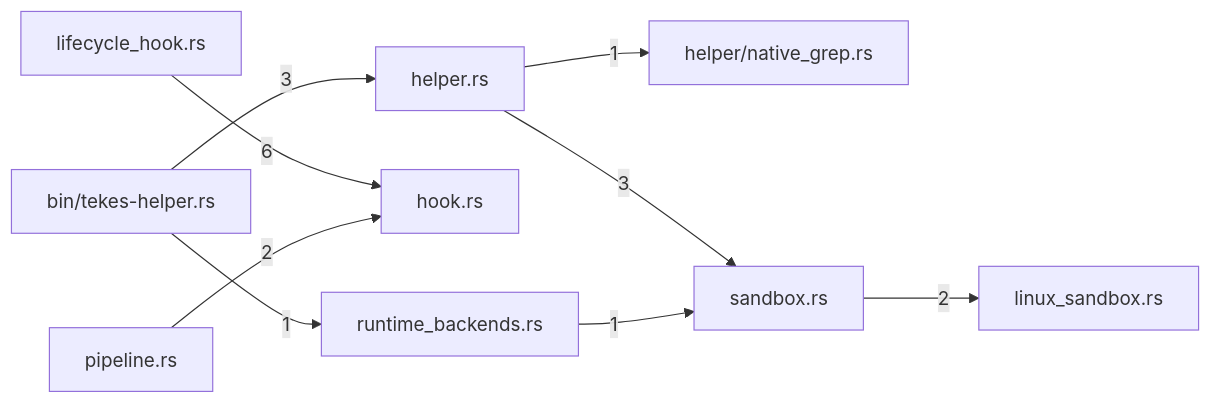
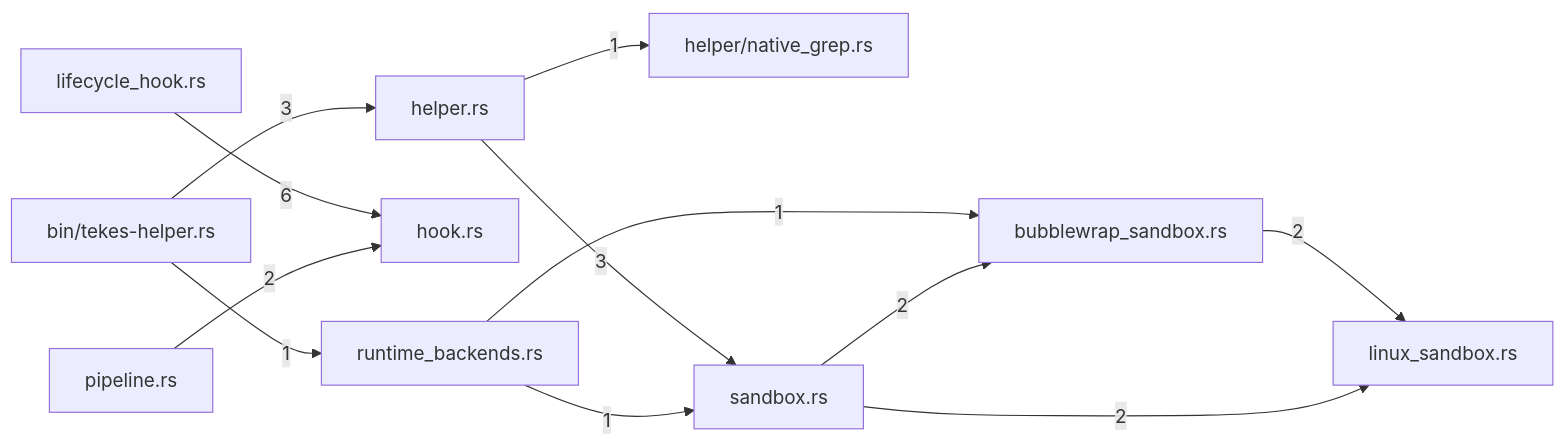
Before and after one commit to TekesApps/TekesKernel: the diagram in crates/tools/docs/generated/index.md, drawn with Mermaid. The commit also changed other lines of this file and 41 other files, not shown here.

First line of the commit message:
feat(tools): add Linux bubblewrap seccomp sandbox and native runtime gates (#48)

````diff
--- a/crates/tools/docs/generated/index.md
+++ b/crates/tools/docs/generated/index.md
@@ -59,20 +62,24 @@
 ```mermaid
 flowchart LR
   m0["bin/tekes-helper.rs"]
-  m1["helper.rs"]
-  m2["helper/native_grep.rs"]
-  m3["hook.rs"]
-  m4["lifecycle_hook.rs"]
-  m5["linux_sandbox.rs"]
-  m6["pipeline.rs"]
-  m7["runtime_backends.rs"]
-  m8["sandbox.rs"]
-  m0 -->|"3"| m1
-  m0 -->|"1"| m7
-  m1 -->|"1"| m2
-  m1 -->|"3"| m8
-  m4 -->|"6"| m3
-  m6 -->|"2"| m3
-  m7 -->|"1"| m8
-  m8 -->|"2"| m5
+  m1["bubblewrap_sandbox.rs"]
+  m2["helper.rs"]
+  m3["helper/native_grep.rs"]
+  m4["hook.rs"]
+  m5["lifecycle_hook.rs"]
+  m6["linux_sandbox.rs"]
+  m7["pipeline.rs"]
+  m8["runtime_backends.rs"]
+  m9["sandbox.rs"]
+  m0 -->|"3"| m2
+  m0 -->|"1"| m8
+  m1 -->|"2"| m6
+  m2 -->|"1"| m3
+  m2 -->|"3"| m9
+  m5 -->|"6"| m4
+  m7 -->|"2"| m4
+  m8 -->|"1"| m1
+  m8 -->|"1"| m9
+  m9 -->|"2"| m1
+  m9 -->|"2"| m6
 ```
````
